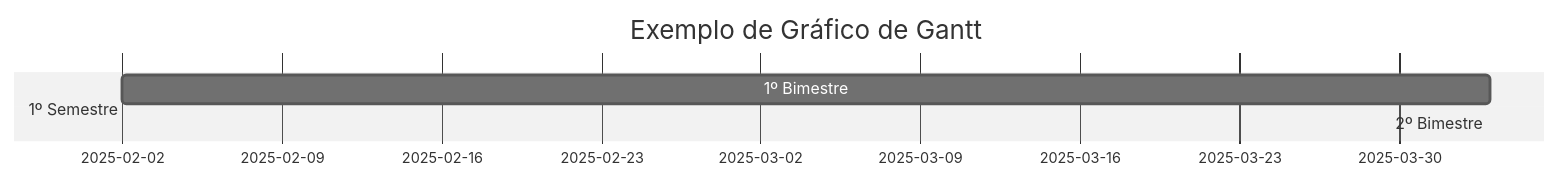
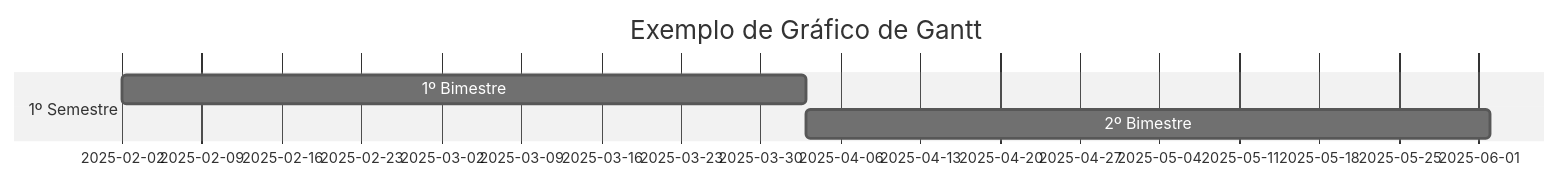
One commit to ramtrigodev/grafico_gant changed the first of 3 diagrams in README.md. Above: the diagram before and after it, drawn with Mermaid (neutral theme). The commit also changed other lines of this file, not shown here.

````diff
--- a/README.md
+++ b/README.md
@@ -2,9 +2,9 @@
 ```mermaid
 gantt
     title Exemplo de Gráfico de Gantt
     dateFormat  DD-MM-YYYY
     section 1º Semestre
     1º Bimestre :a1, 2025-02-02, 60d
-   2º Bimestre  :a2, after a1, 60 d
+    2º Bimestre  :a2, after a1, 60d
   
 ```
````
